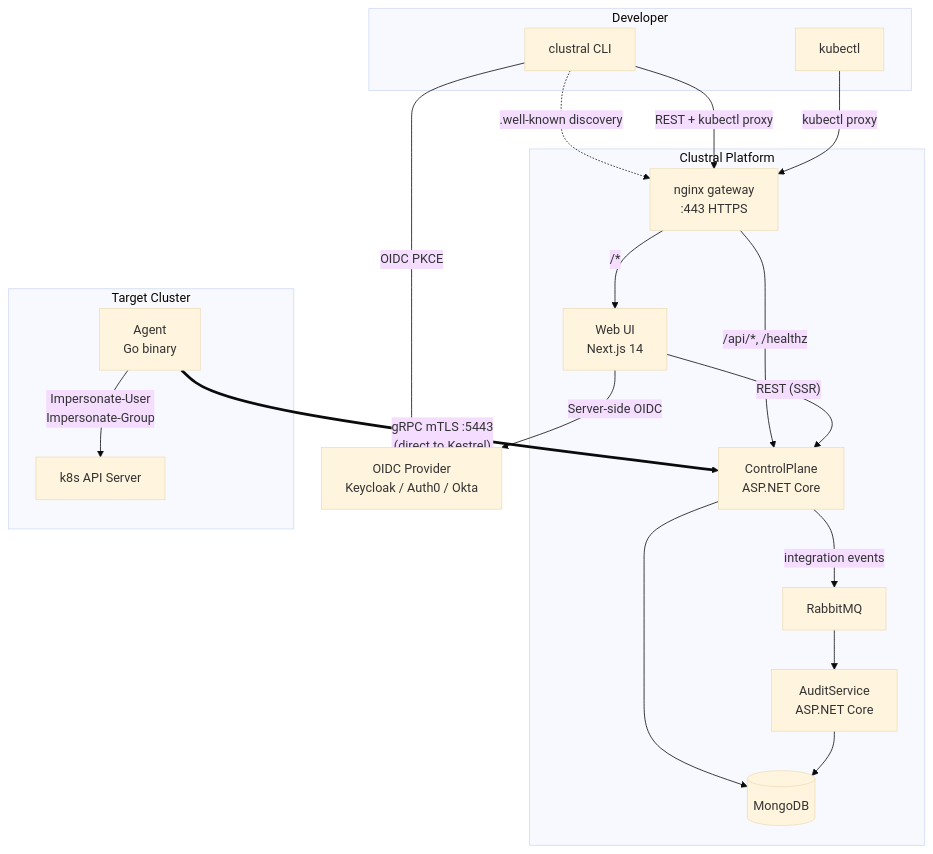
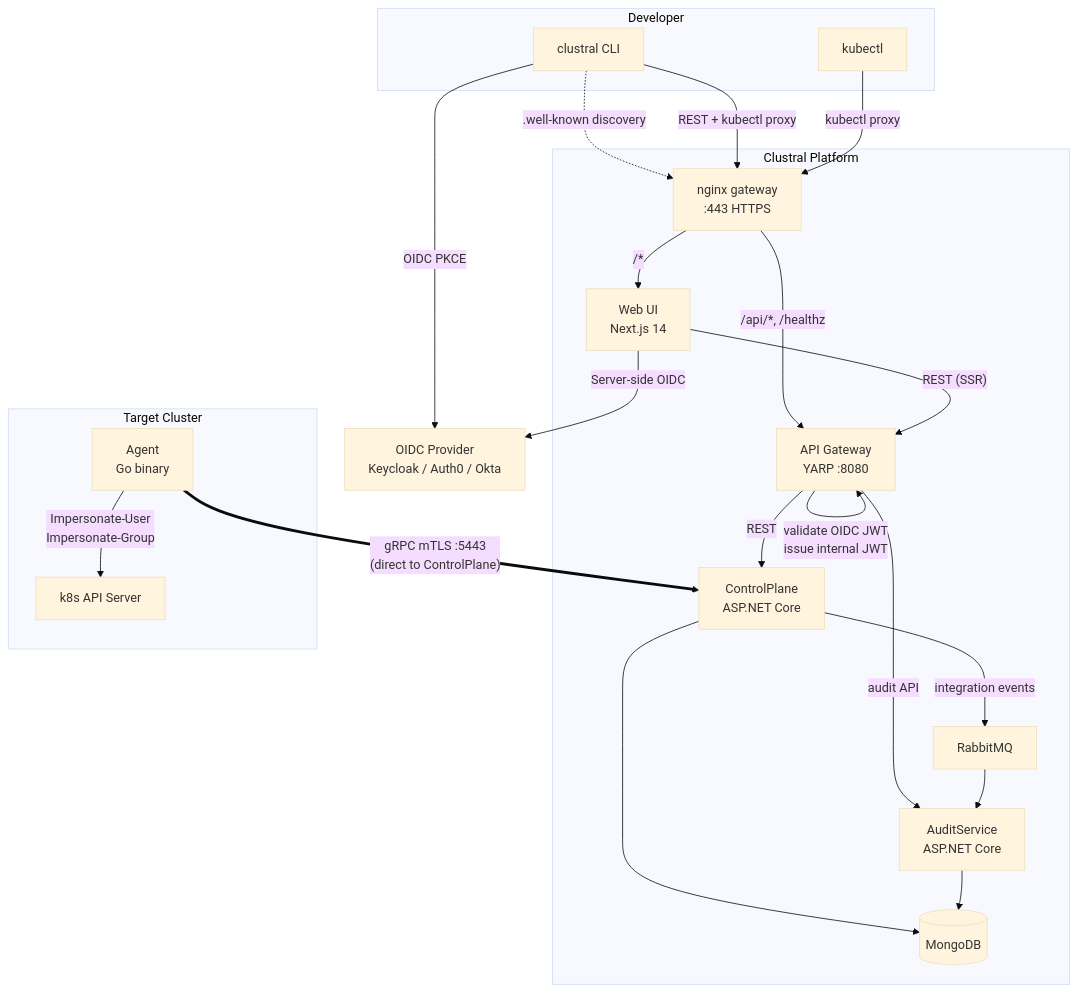
The first of 19 diagrams in README.md (Clustral/clustral), drawn with Mermaid (base theme) before and after one commit. The commit also changed other lines of this file and 67 other files, not shown here.

First line of the commit message:
feat: add YARP API Gateway with centralized OIDC + internal JWT auth (#10)

````diff
--- a/README.md
+++ b/README.md
@@ -18,38 +18,42 @@
 ```mermaid
 graph TB
     subgraph Developer
         CLI[clustral CLI]
         KB[kubectl]
     end
 
     subgraph "Clustral Platform"
         NGX[nginx gateway<br/>:443 HTTPS]
         WEB[Web UI<br/>Next.js 14]
+        GW[API Gateway<br/>YARP :8080]
         CP[ControlPlane<br/>ASP.NET Core]
         RMQ[RabbitMQ]
         AUDIT[AuditService<br/>ASP.NET Core]
         DB[(MongoDB)]
     end
 
     OIDC[OIDC Provider<br/>Keycloak / Auth0 / Okta]
 
     subgraph "Target Cluster"
         AGENT[Agent<br/>Go binary]
         K8S[k8s API Server]
     end
 
     CLI -.->|".well-known discovery"| NGX
     CLI -->|REST + kubectl proxy| NGX
     KB -->|kubectl proxy| NGX
-    NGX -->|"/api/*, /healthz"| CP
+    NGX -->|"/api/*, /healthz"| GW
     NGX -->|"/*"| WEB
+    GW -->|"validate OIDC JWT<br/>issue internal JWT"| GW
+    GW -->|REST| CP
+    GW -->|audit API| AUDIT
     CLI -->|OIDC PKCE| OIDC
     WEB -->|Server-side OIDC| OIDC
-    WEB -->|"REST (SSR)"| CP
+    WEB -->|"REST (SSR)"| GW
     CP --> DB
     CP -->|integration events| RMQ
     RMQ --> AUDIT
     AUDIT --> DB
-    AGENT ==>|"gRPC mTLS :5443<br/>(direct to Kestrel)"| CP
+    AGENT ==>|"gRPC mTLS :5443<br/>(direct to ControlPlane)"| CP
     AGENT -->|Impersonate-User<br/>Impersonate-Group| K8S
 ```
````
